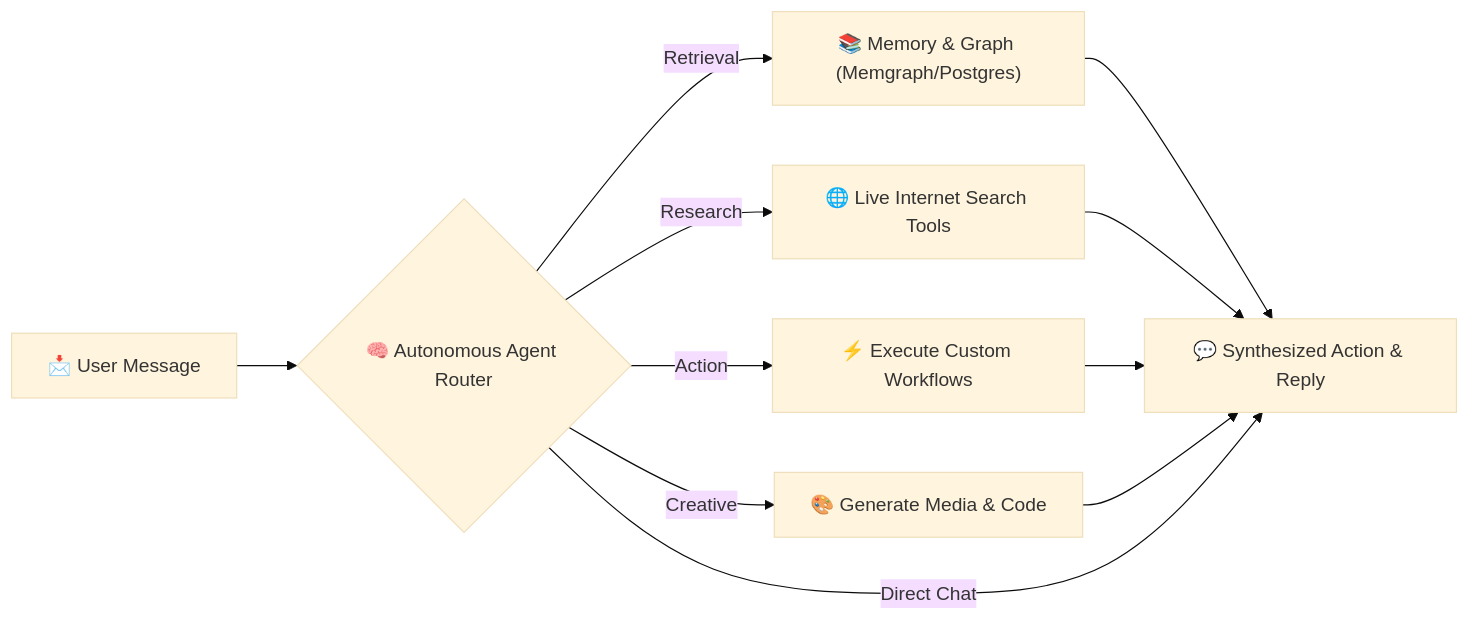
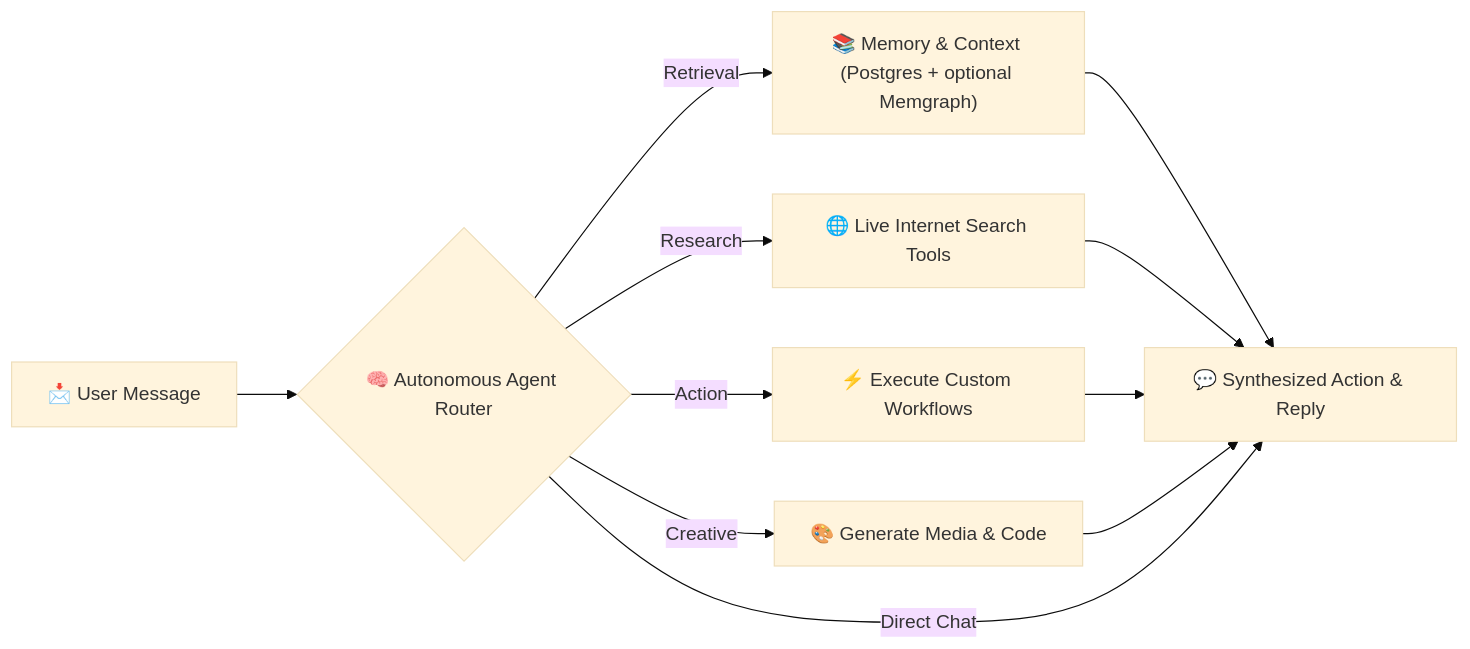
One commit to BokX1/Sage changed the first of 2 diagrams in README.md. Above: the diagram before and after it, drawn with Mermaid (base theme). The commit also changed other lines of this file and 22 other files, not shown here.

````diff
--- a/README.md
+++ b/README.md
@@ -78,15 +78,15 @@
 ```mermaid
 flowchart LR
     A["📩 User Message"] --> B{"🧠 Autonomous Agent Router"}
     
-    B -->|"Retrieval"| C["📚 Memory & Graph (Memgraph/Postgres)"]
+    B -->|"Retrieval"| C["📚 Memory & Context (Postgres + optional Memgraph)"]
     B -->|"Research"| D["🌐 Live Internet Search Tools"]
     B -->|"Action"| E["⚡ Execute Custom Workflows"]
     B -->|"Creative"| F["🎨 Generate Media & Code"]
     
     C --> G["💬 Synthesized Action & Reply"]
     D --> G
     E --> G
     F --> G
     B -->|"Direct Chat"| G
 ```
````
